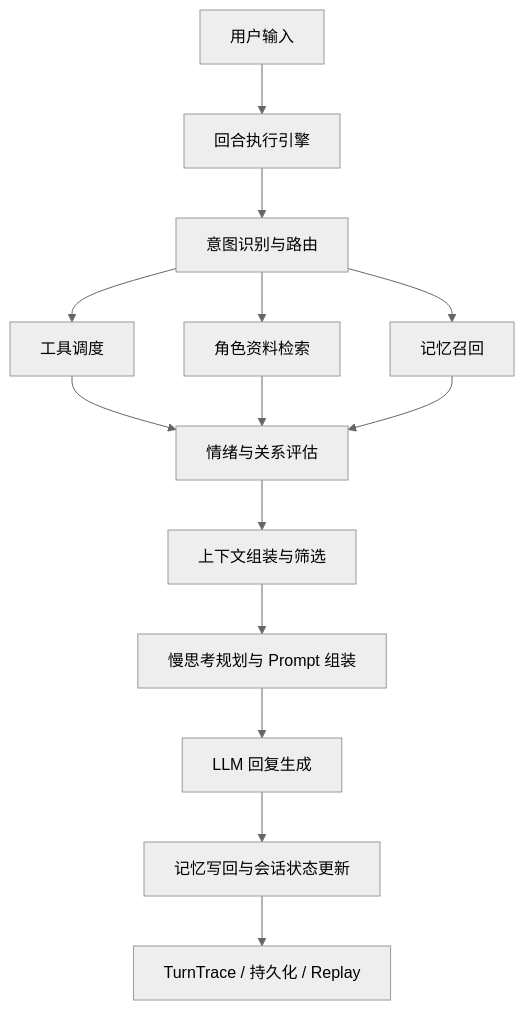
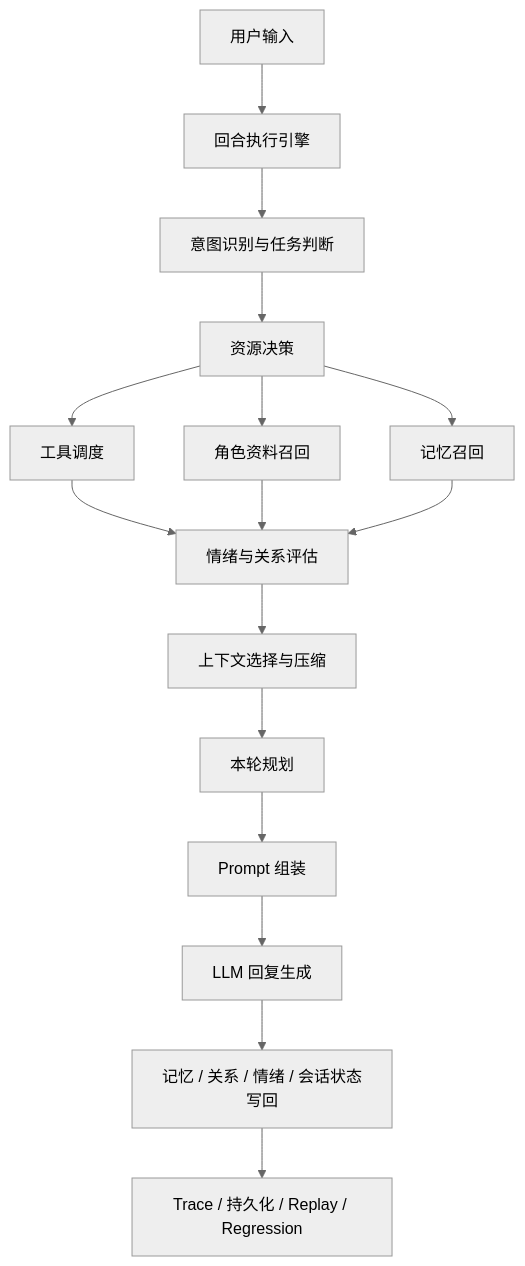
The diagram in README.md (yukaich1/CompanionAgent_WeTalk), drawn with Mermaid (neutral theme) before and after one commit. The commit also changed other lines of this file, not shown here.

````diff
--- a/README.md
+++ b/README.md
@@ -192,16 +218,18 @@
 ```mermaid
 graph TD
     A["用户输入"] --> B["回合执行引擎"]
-    B --> C["意图识别与路由"]
-    C --> D["工具调度"]
-    C --> E["角色资料检索"]
-    C --> F["记忆召回"]
-    D --> G["情绪与关系评估"]
-    E --> G
-    F --> G
-    G --> H["上下文组装与筛选"]
-    H --> I["慢思考规划与 Prompt 组装"]
-    I --> J["LLM 回复生成"]
-    J --> K["记忆写回与会话状态更新"]
-    K --> L["TurnTrace / 持久化 / Replay"]
+    B --> C["意图识别与任务判断"]
+    C --> D["资源决策"]
+    D --> E["工具调度"]
+    D --> F["角色资料召回"]
+    D --> G["记忆召回"]
+    E --> H["情绪与关系评估"]
+    F --> H
+    G --> H
+    H --> I["上下文选择与压缩"]
+    I --> J["本轮规划"]
+    J --> K["Prompt 组装"]
+    K --> L["LLM 回复生成"]
+    L --> M["记忆 / 关系 / 情绪 / 会话状态写回"]
+    M --> N["Trace / 持久化 / Replay / Regression"]
 ```
````
